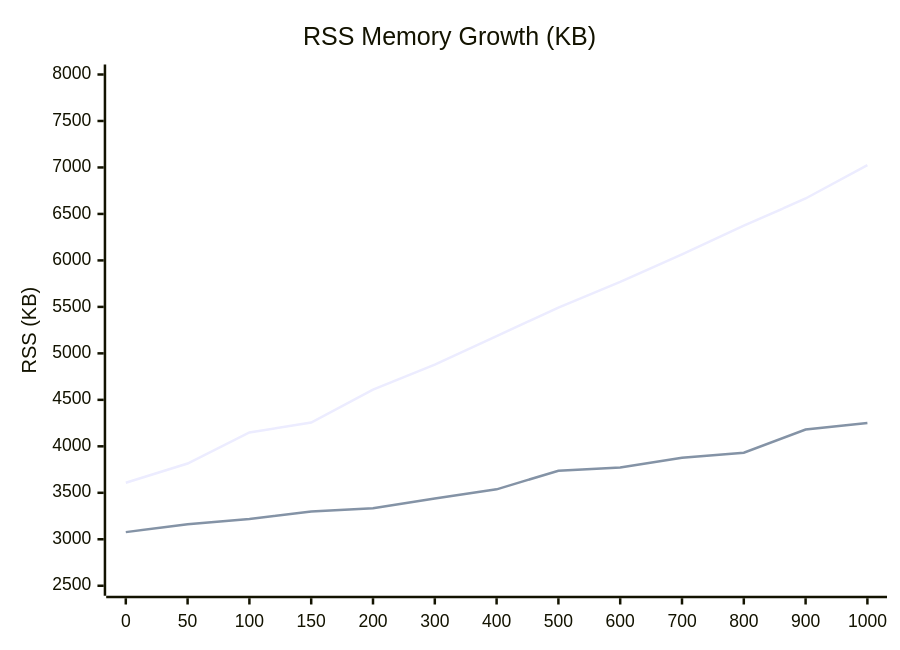
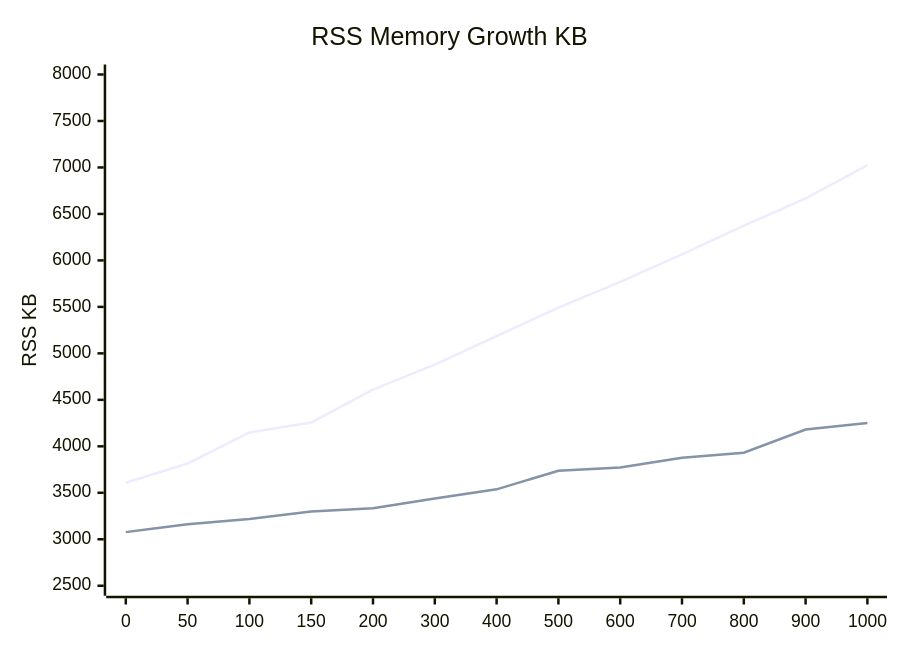
The first of 2 diagrams in docs/architecture/performance-benchmarks.md (loft-games/service-daemon-rs), drawn with Mermaid before and after one commit. The commit also changed other lines of this file, not shown here.

Commit message:
docs: Fix the issue where Mermaid diagrams cannot be rendered.

````diff
--- a/docs/architecture/performance-benchmarks.md
+++ b/docs/architecture/performance-benchmarks.md
@@ -50,8 +50,8 @@
 ```mermaid
 xychart-beta
-    title "RSS Memory Growth (KB)"
-    x-axis ["0", "50", "100", "150", "200", "300", "400", "500", "600", "700", "800", "900", "1000"]
-    y-axis "RSS (KB)" 2500 --> 8000
-    line [3608, 3815, 4149, 4256, 4611, 4878, 5185, 5493, 5769, 6064, 6373, 6666, 7025]
-    line [3077, 3162, 3218, 3299, 3335, 3438, 3537, 3737, 3771, 3876, 3931, 4181, 4252]
+title "RSS Memory Growth KB"
+x-axis [0, 50, 100, 150, 200, 300, 400, 500, 600, 700, 800, 900, 1000]
+y-axis "RSS KB" 2500 --> 8000
+line [3608, 3815, 4149, 4256, 4611, 4878, 5185, 5493, 5769, 6064, 6373, 6666, 7025]
+line [3077, 3162, 3218, 3299, 3335, 3438, 3537, 3737, 3771, 3876, 3931, 4181, 4252]
 ```
````
